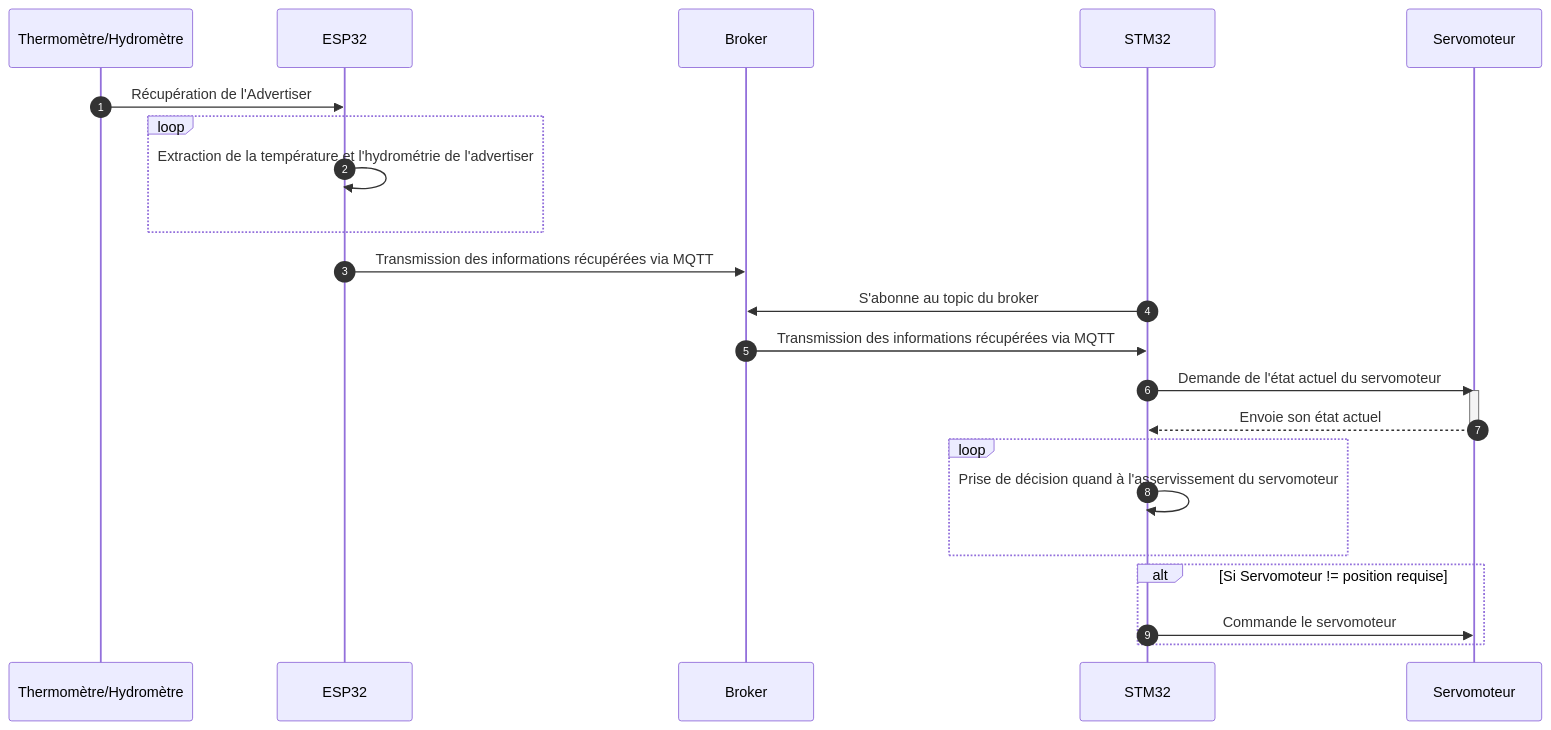
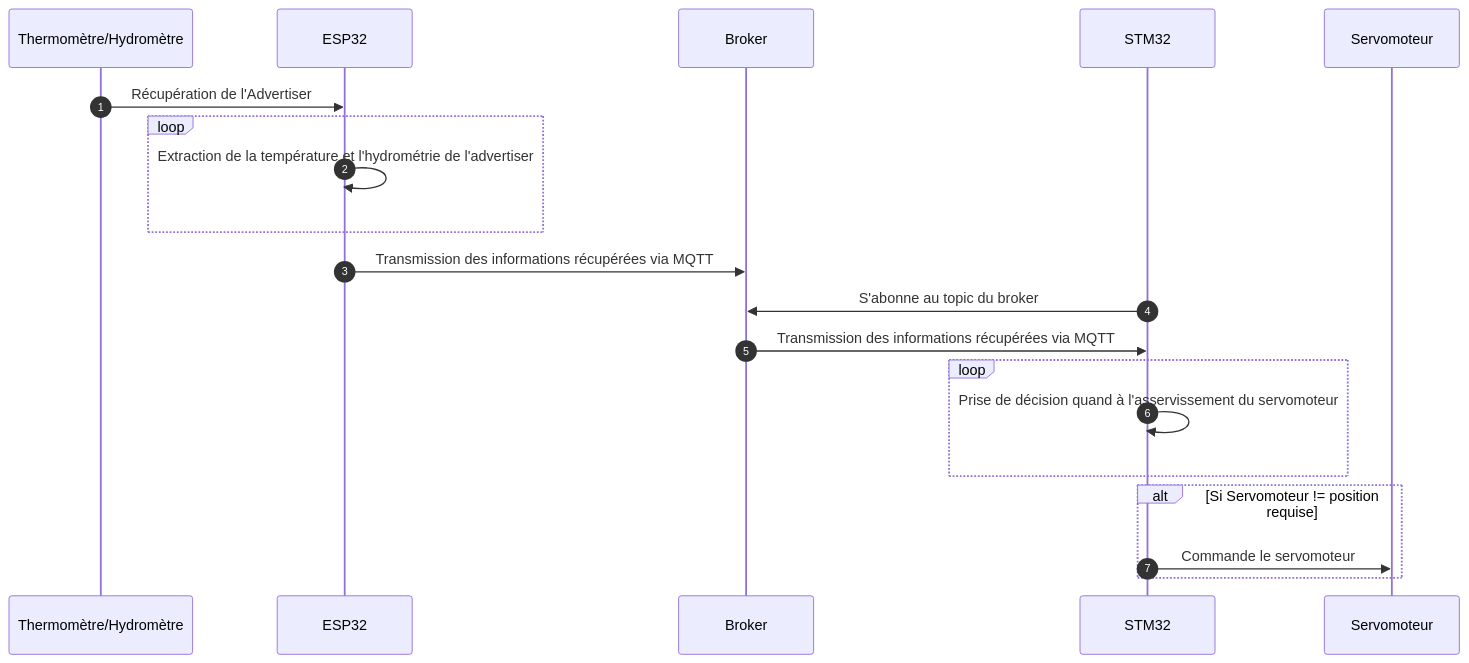
Before and after one commit to Theo-tech/projet_domotique: the second of 2 diagrams in README.md, drawn with Mermaid. The commit also changed other lines of this file, not shown here.

````diff
--- a/README.md
+++ b/README.md
@@ -35,27 +35,23 @@
 ```mermaid
 sequenceDiagram
     participant Thermomètre/Hydromètre
     participant ESP32
     participant Broker
     participant STM32
     participant Servomoteur
     autonumber
     Thermomètre/Hydromètre->>ESP32: Récupération de l'Advertiser
     loop
         ESP32->>ESP32: Extraction de la température et l'hydrométrie de l'advertiser
     end
     ESP32->>Broker: Transmission des informations récupérées via MQTT
     STM32->>Broker: S'abonne au topic du broker
     Broker->>STM32: Transmission des informations récupérées via MQTT
-    STM32->>Servomoteur: Demande de l'état actuel du servomoteur
-    activate Servomoteur
-    Servomoteur-->>STM32: Envoie son état actuel
-    deactivate Servomoteur
     loop 
         STM32->>STM32: Prise de décision quand à l'asservissement du servomoteur
     end
     alt Si Servomoteur != position requise
         STM32->>Servomoteur: Commande le servomoteur
     end
 
 ```
````
